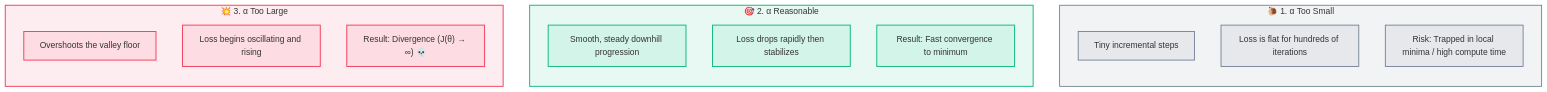
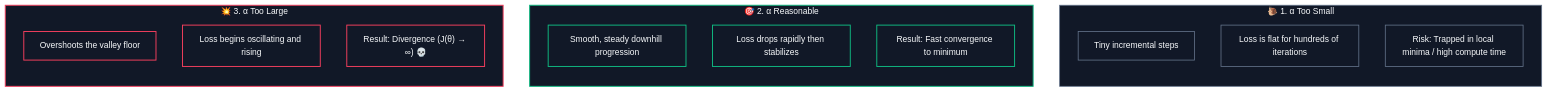
The second of 3 diagrams in CS/AI & ML/01. Classical ML/08. Gradient Descent and Cost Functions.md (abhinavbharti2345/CS_Notes), drawn with Mermaid before and after one commit. The commit also changed other lines of this file and 195 other files, not shown here.

````diff
--- a/CS/AI & ML/01. Classical ML/08. Gradient Descent and Cost Functions.md
+++ b/CS/AI & ML/01. Classical ML/08. Gradient Descent and Cost Functions.md
@@ -129,31 +130,32 @@
 ```mermaid
+%%{init: {'theme': 'base', 'themeVariables': { 'darkMode': true, 'background': '#0B0F14', 'mainBkg': '#111827', 'primaryColor': '#111827', 'primaryTextColor': '#F8FAFC', 'primaryBorderColor': '#38BDF8', 'lineColor': '#64748B', 'secondaryColor': '#0B0F14', 'tertiaryColor': '#0B0F14', 'clusterBkg': '#0B0F14', 'clusterBorder': '#38BDF8' }}}%%
 flowchart TD
     subgraph Small ["🐌 1. α Too Small"]
         direction TB
         S1["Tiny incremental steps"]
         S2["Loss is flat for hundreds of iterations"]
         S3["Risk: Trapped in local minima / high compute time"]
     end
 
     subgraph Good ["🎯 2. α Reasonable"]
         direction TB
         G1["Smooth, steady downhill progression"]
         G2["Loss drops rapidly then stabilizes"]
         G3["Result: Fast convergence to minimum"]
     end
 
     subgraph Large ["💥 3. α Too Large"]
         direction TB
         L1["Overshoots the valley floor"]
         L2["Loss begins oscillating and rising"]
         L3["Result: Divergence (J(θ) → ∞) 💀"]
     end
 
-    classDef small fill:#64748b15,stroke:#64748b,stroke-width:1.5px;
-    classDef good fill:#10b98118,stroke:#10b981,stroke-width:1.8px;
-    classDef large fill:#f43f5e18,stroke:#f43f5e,stroke-width:1.8px;
+    classDef small fill:#111827,stroke:#64748b,stroke-width:1.5px,color:#F8FAFC;
+    classDef good fill:#111827,stroke:#10b981,stroke-width:1.8px,color:#F8FAFC;
+    classDef large fill:#111827,stroke:#f43f5e,stroke-width:1.8px,color:#F8FAFC;
 
     class Small,S1,S2,S3 small;
     class Good,G1,G2,G3 good;
     class Large,L1,L2,L3 large;
 ```
````
